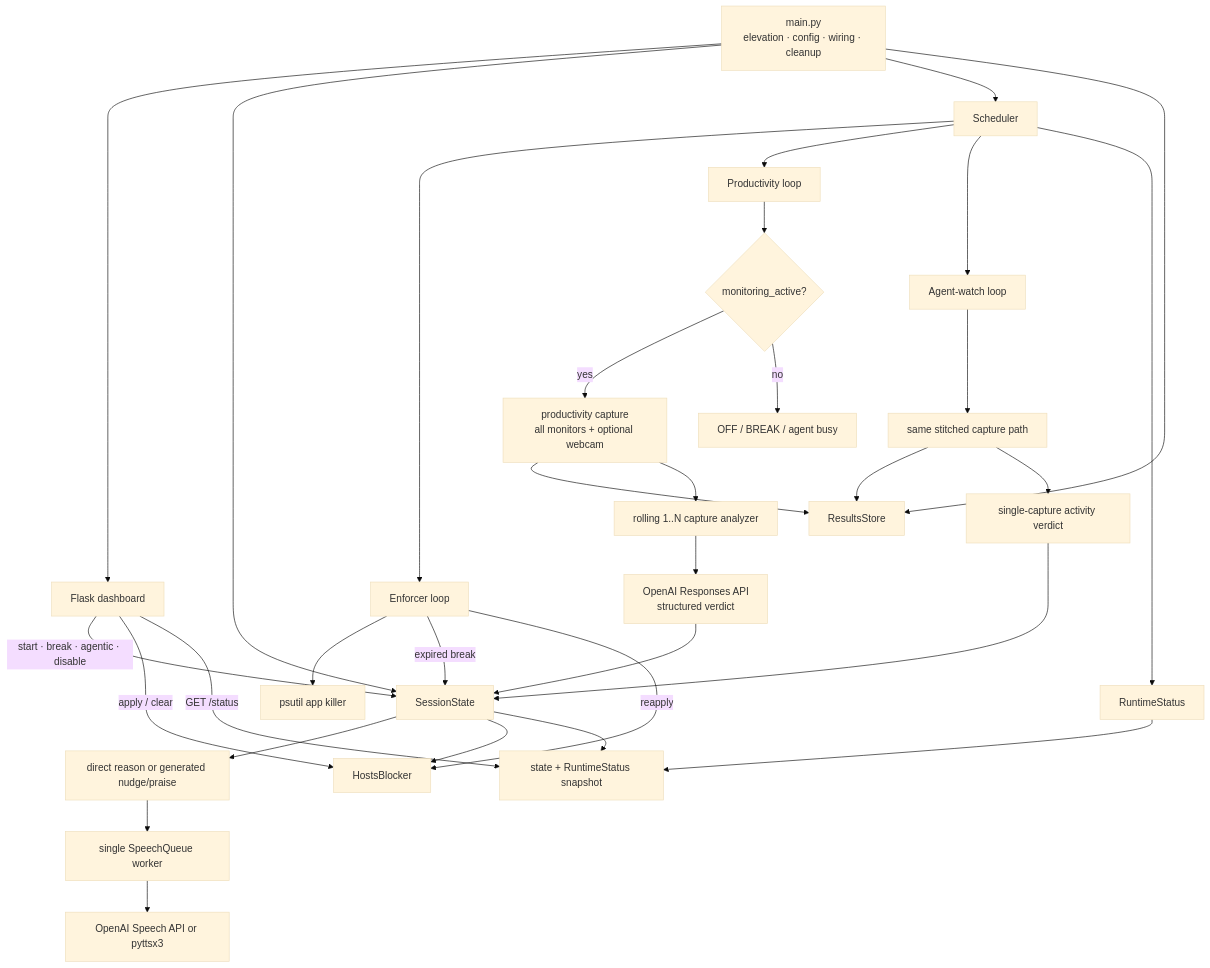
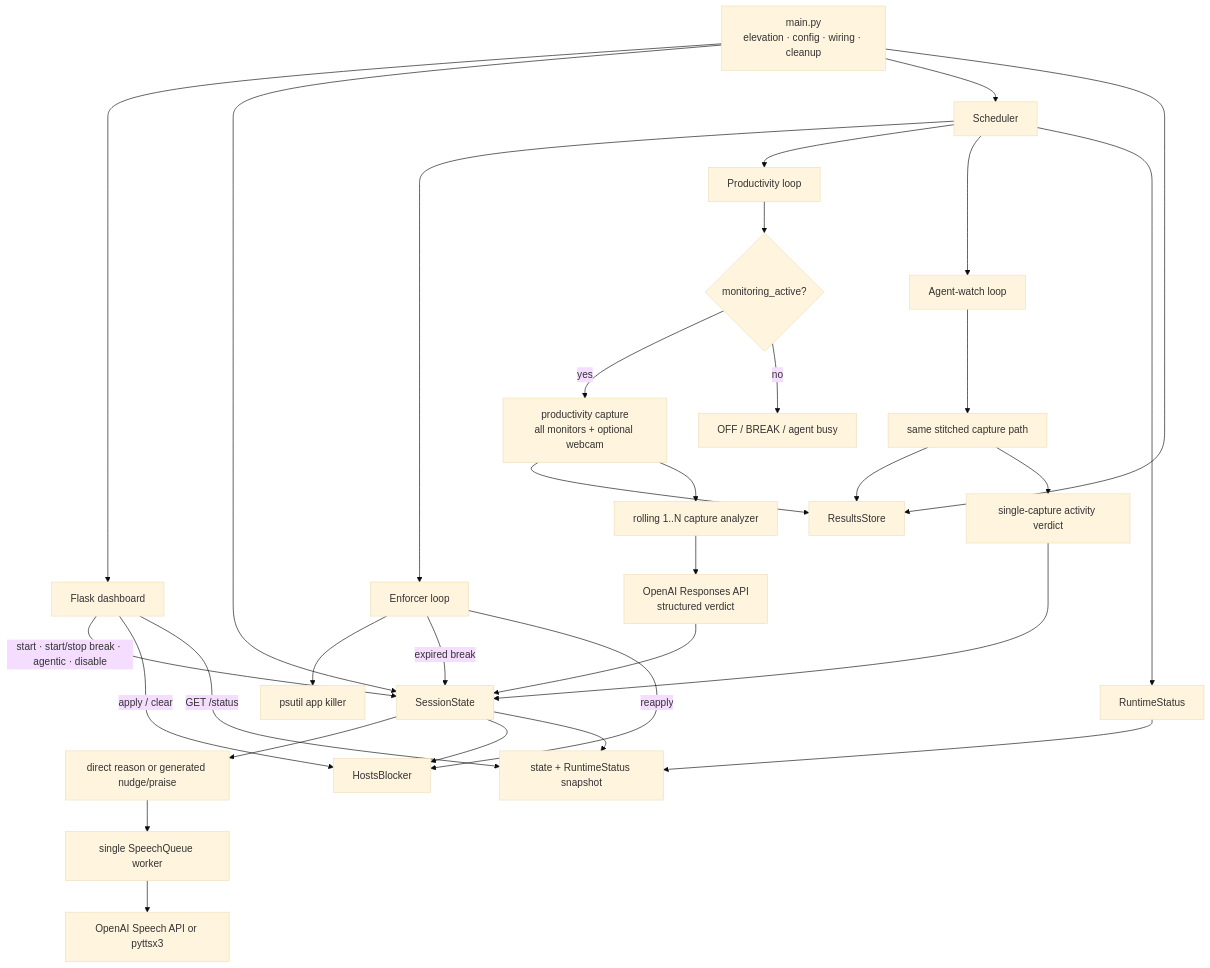
One commit to BurnyCoder/deep-work-jarvis-waifu-supervisor changed the diagram in README.md. Above: the diagram before and after it, drawn with Mermaid (base theme). The commit also changed other lines of this file and 1 other file, not shown here.

Commit message:
docs: explain early break stops

````diff
--- a/README.md
+++ b/README.md
@@ -130,39 +137,39 @@
 ```mermaid
 flowchart TD
     Main["main.py<br/>elevation · config · wiring · cleanup"] --> UI["Flask dashboard"]
     Main --> State["SessionState"]
     Main --> Scheduler["Scheduler"]
     Main --> Store["ResultsStore"]
 
-    UI -- "start · break · agentic · disable" --> State
+    UI -- "start · start/stop break · agentic · disable" --> State
     UI -- "apply / clear" --> Hosts["HostsBlocker"]
     UI -- "GET /status" --> Status["state + RuntimeStatus snapshot"]
 
     Scheduler --> Enforcer["Enforcer loop"]
     Enforcer --> AppKiller["psutil app killer"]
     Enforcer -- "expired break" --> State
     Enforcer -- "reapply" --> Hosts
 
     Scheduler --> Monitor["Productivity loop"]
     Monitor --> Gate{"monitoring_active?"}
     Gate -- "yes" --> Capture["productivity capture<br/>all monitors + optional webcam"]
     Gate -- "no" --> Paused["OFF / BREAK / agent busy"]
     Capture --> Store
     Capture --> Analyzer["rolling 1..N capture analyzer"]
     Analyzer --> Vision["OpenAI Responses API<br/>structured verdict"]
     Vision --> State
     State --> Feedback["direct reason or generated nudge/praise"]
     Feedback --> Speech["single SpeechQueue worker"]
     Speech --> TTS["OpenAI Speech API or pyttsx3"]
 
     Scheduler --> AgentWatch["Agent-watch loop"]
     AgentWatch --> AgentCapture["same stitched capture path"]
     AgentCapture --> Store
     AgentCapture --> AgentVision["single-capture activity verdict"]
     AgentVision --> State
     State --> Hosts
 
     Scheduler --> Runtime["RuntimeStatus"]
     Runtime --> Status
     State --> Status
 ```
````
